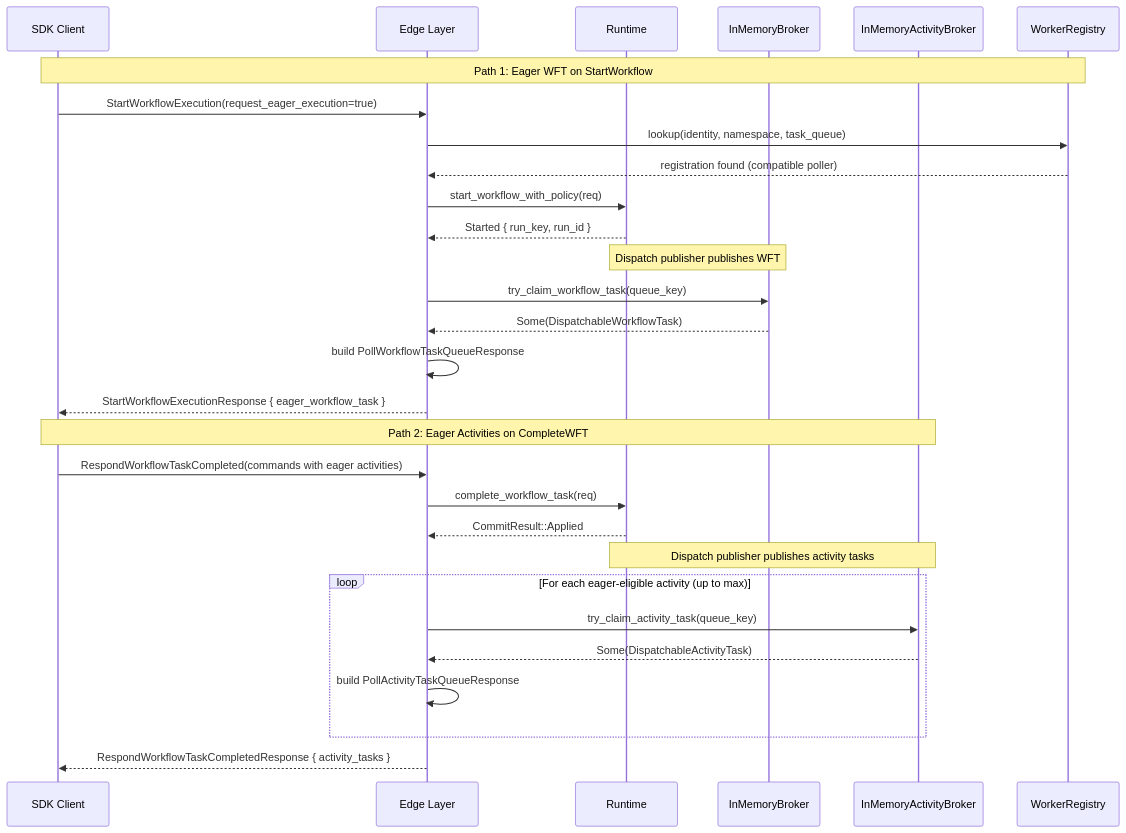
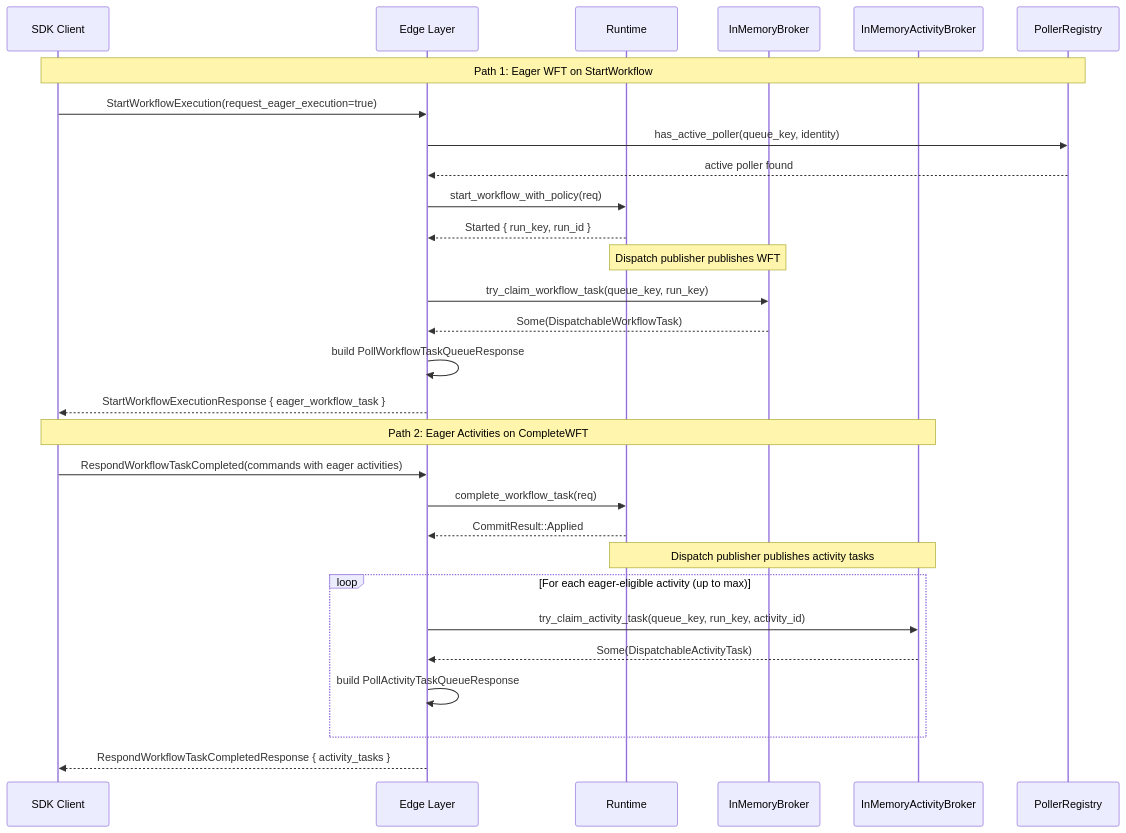
Before and after one commit to tokeira/tokeira: the diagram in .kiro/specs/edge-eager-dispatch/design.md, drawn with Mermaid. The commit also changed other lines of this file and 110 other files, not shown here.

````diff
--- a/.kiro/specs/edge-eager-dispatch/design.md
+++ b/.kiro/specs/edge-eager-dispatch/design.md
@@ -17,33 +17,33 @@
 ```mermaid
 sequenceDiagram
     participant SDK as SDK Client
     participant Edge as Edge Layer
     participant Runtime as Runtime
     participant WFBroker as InMemoryBroker
     participant ABroker as InMemoryActivityBroker
-    participant WReg as WorkerRegistry
+    participant PReg as PollerRegistry
 
-    Note over SDK,WReg: Path 1: Eager WFT on StartWorkflow
+    Note over SDK,PReg: Path 1: Eager WFT on StartWorkflow
     SDK->>Edge: StartWorkflowExecution(request_eager_execution=true)
-    Edge->>WReg: lookup(identity, namespace, task_queue)
-    WReg-->>Edge: registration found (compatible poller)
+    Edge->>PReg: has_active_poller(queue_key, identity)
+    PReg-->>Edge: active poller found
     Edge->>Runtime: start_workflow_with_policy(req)
     Runtime-->>Edge: Started { run_key, run_id }
     Note over Runtime,WFBroker: Dispatch publisher publishes WFT
-    Edge->>WFBroker: try_claim_workflow_task(queue_key)
+    Edge->>WFBroker: try_claim_workflow_task(queue_key, run_key)
     WFBroker-->>Edge: Some(DispatchableWorkflowTask)
     Edge->>Edge: build PollWorkflowTaskQueueResponse
     Edge-->>SDK: StartWorkflowExecutionResponse { eager_workflow_task }
 
     Note over SDK,ABroker: Path 2: Eager Activities on CompleteWFT
     SDK->>Edge: RespondWorkflowTaskCompleted(commands with eager activities)
     Edge->>Runtime: complete_workflow_task(req)
     Runtime-->>Edge: CommitResult::Applied
     Note over Runtime,ABroker: Dispatch publisher publishes activity tasks
     loop For each eager-eligible activity (up to max)
-        Edge->>ABroker: try_claim_activity_task(queue_key)
+        Edge->>ABroker: try_claim_activity_task(queue_key, run_key, activity_id)
         ABroker-->>Edge: Some(DispatchableActivityTask)
         Edge->>Edge: build PollActivityTaskQueueResponse
     end
     Edge-->>SDK: RespondWorkflowTaskCompletedResponse { activity_tasks }
 ```
````
